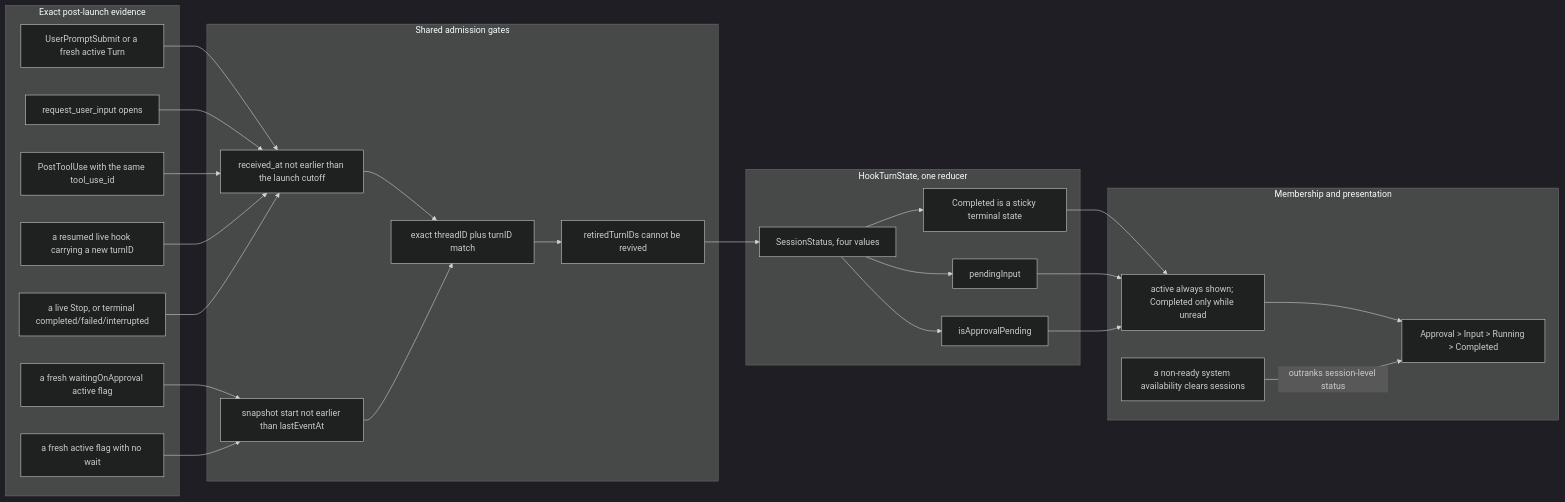
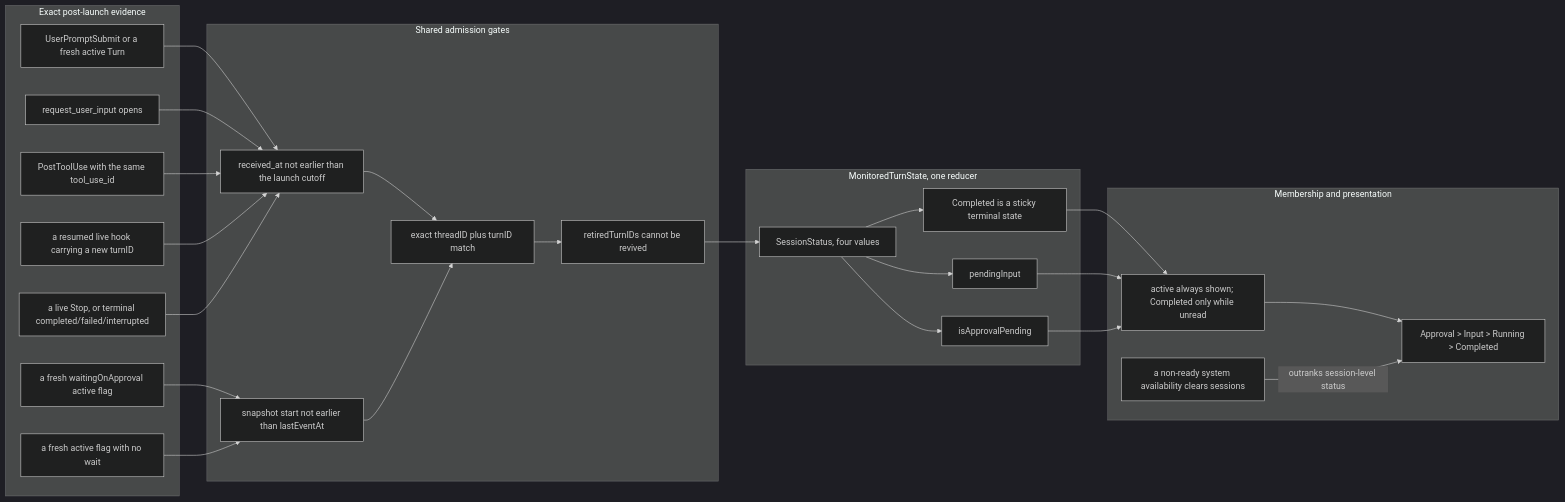
The fourth of 6 diagrams in docs/system-architecture.md (soondubu137/notchline), drawn with Mermaid (dark theme) before and after one commit. The commit also changed other lines of this file and 20 other files, not shown here.

````diff
--- a/docs/system-architecture.md
+++ b/docs/system-architecture.md
@@ -317,52 +333,52 @@
 ```mermaid
 flowchart LR
     subgraph evidence ["Exact post-launch evidence"]
         userPrompt["UserPromptSubmit or a fresh active Turn"]
         inputOpen["request_user_input opens"]
         inputClose["PostToolUse with the same tool_use_id"]
         continuation["a resumed live hook carrying a new turnID"]
         approvalOpen["a fresh waitingOnApproval active flag"]
         activeAgain["a fresh active flag with no wait"]
         completedSignal["a live Stop, or terminal completed/failed/interrupted"]
     end
 
     subgraph gates ["Shared admission gates"]
         liveCutoff["received_at not earlier than the launch cutoff"]
         exactIdentity["exact threadID plus turnID match"]
         freshness["snapshot start not earlier than lastEventAt"]
         generation["retiredTurnIDs cannot be revived"]
     end
 
-    subgraph reducer ["HookTurnState, one reducer"]
+    subgraph reducer ["MonitoredTurnState, one reducer"]
         sessionStatus["SessionStatus, four values"]
         pendingInput["pendingInput"]
         pendingApproval["isApprovalPending"]
         completedSticky["Completed is a sticky terminal state"]
     end
 
     subgraph membership ["Membership and presentation"]
         memberGate["active always shown; Completed only while unread"]
         aggregate["Approval > Input > Running > Completed"]
         systemStatus["a non-ready system availability clears sessions"]
     end
 
     userPrompt --> liveCutoff
     inputOpen --> liveCutoff
     inputClose --> liveCutoff
     continuation --> liveCutoff
     completedSignal --> liveCutoff
     approvalOpen --> freshness
     activeAgain --> freshness
     liveCutoff --> exactIdentity
     freshness --> exactIdentity
     exactIdentity --> generation
     generation --> sessionStatus
     sessionStatus --> pendingInput
     sessionStatus --> pendingApproval
     sessionStatus --> completedSticky
     completedSticky --> memberGate
     pendingInput --> memberGate
     pendingApproval --> memberGate
     memberGate --> aggregate
     systemStatus -->|"outranks session-level status"| aggregate
 ```
````
